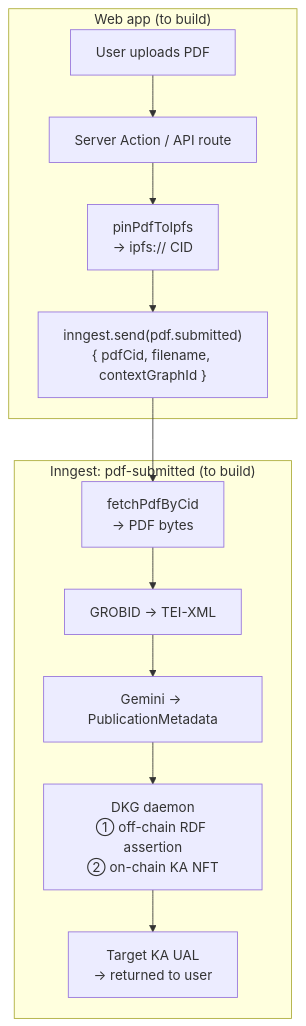
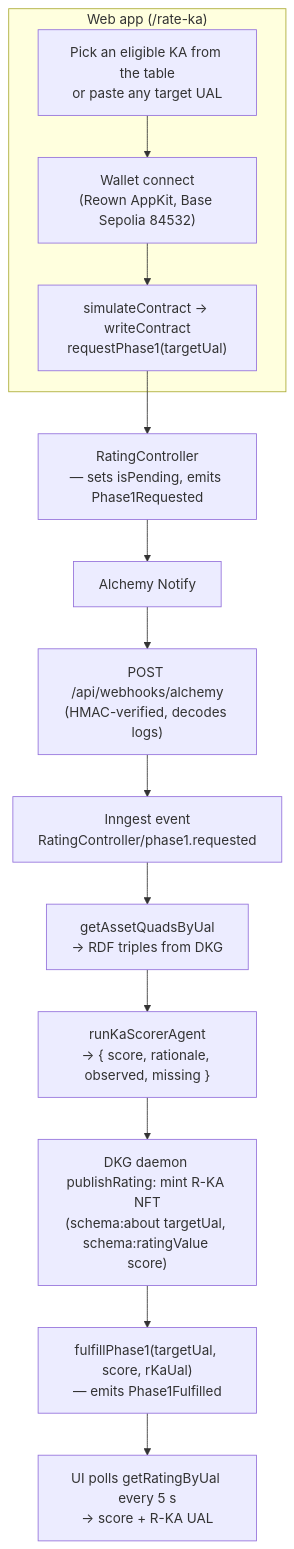
The second of 2 diagrams in README.md (SiegfriedBz/desci-rating-dapp), drawn with Mermaid before and after one commit. The commit also changed other lines of this file, not shown here.

````diff
--- a/README.md
+++ b/README.md
@@ -76,15 +82,16 @@
 ```mermaid
 flowchart TD
-  subgraph web_ingest["Web app (to build)"]
-    UP["User uploads PDF"] --> SA["Server Action / API route"]
-    SA --> PIN2["pinPdfToIpfs\n→ ipfs:// CID"]
-    PIN2 --> INN2["inngest.send(pdf.submitted)\n{ pdfCid, filename, contextGraphId }"]
+  subgraph user["Web app (/rate-ka)"]
+    PICK["Pick an eligible KA from the table\nor paste any target UAL"] --> WALLET["Wallet connect\n(Reown AppKit, Base Sepolia 84532)"]
+    WALLET --> TX["simulateContract → writeContract\nrequestPhase1(targetUal)"]
   end
-  subgraph fn_ingest["Inngest: pdf-submitted (to build)"]
-    INN2 --> FETCHPDF["fetchPdfByCid\n→ PDF bytes"]
-    FETCHPDF --> GROBID2["GROBID → TEI-XML"]
-    GROBID2 --> META2["Gemini → PublicationMetadata"]
-    META2 --> DAEMON2["DKG daemon\n① off-chain RDF assertion\n② on-chain KA NFT"]
-    DAEMON2 --> UAL2["Target KA UAL\n→ returned to user"]
-  end
+  TX --> REQ["RatingController\n— sets isPending, emits Phase1Requested"]
+  REQ --> ALCH["Alchemy Notify"]
+  ALCH --> WH["POST /api/webhooks/alchemy\n(HMAC-verified, decodes logs)"]
+  WH --> INN["Inngest event\nRatingController/phase1.requested"]
+  INN --> FETCH["getAssetQuadsByUal\n→ RDF triples from DKG"]
+  FETCH --> SCORE["runKaScorerAgent\n→ { score, rationale, observed, missing }"]
+  SCORE --> RKA["DKG daemon publishRating: mint R-KA NFT\n(schema:about targetUal, schema:ratingValue score)"]
+  RKA --> FUL["fulfillPhase1(targetUal, score, rKaUal)\n— emits Phase1Fulfilled"]
+  FUL --> POLL["UI polls getRatingByUal every 5 s\n→ score + R-KA UAL"]
 ```
````
